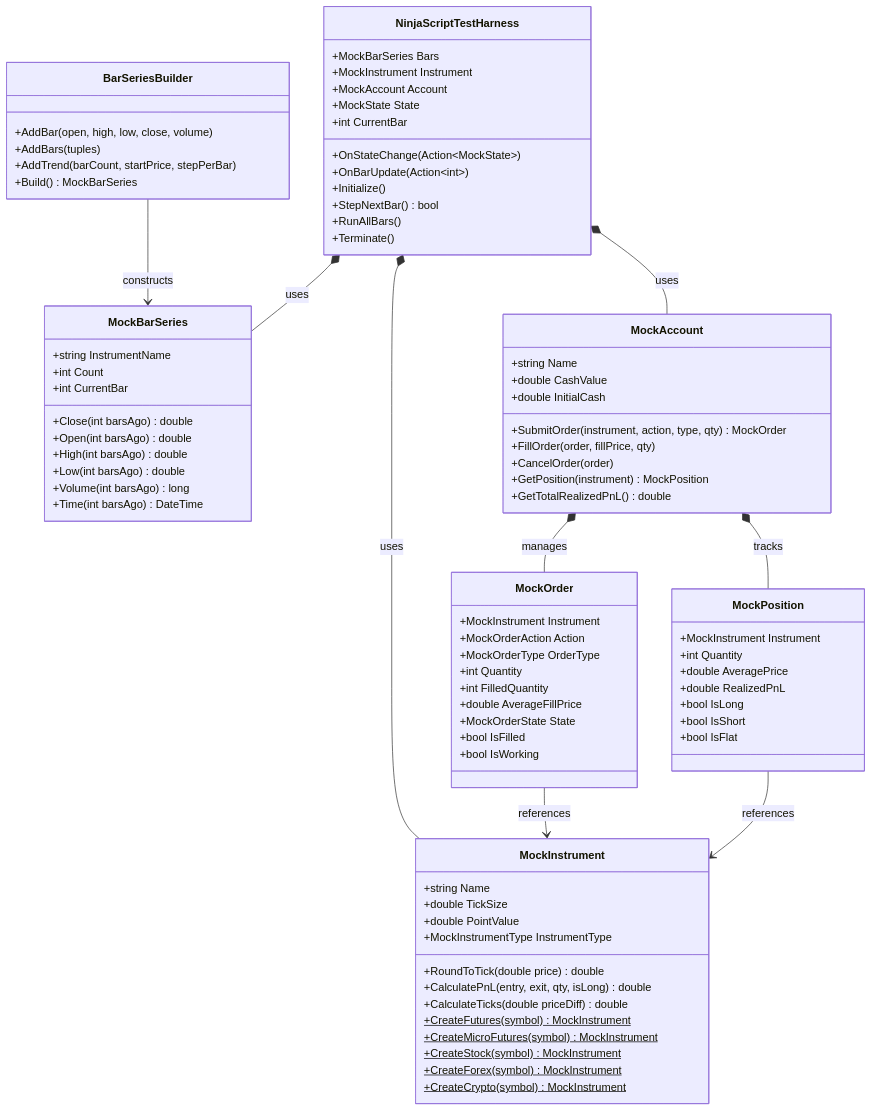
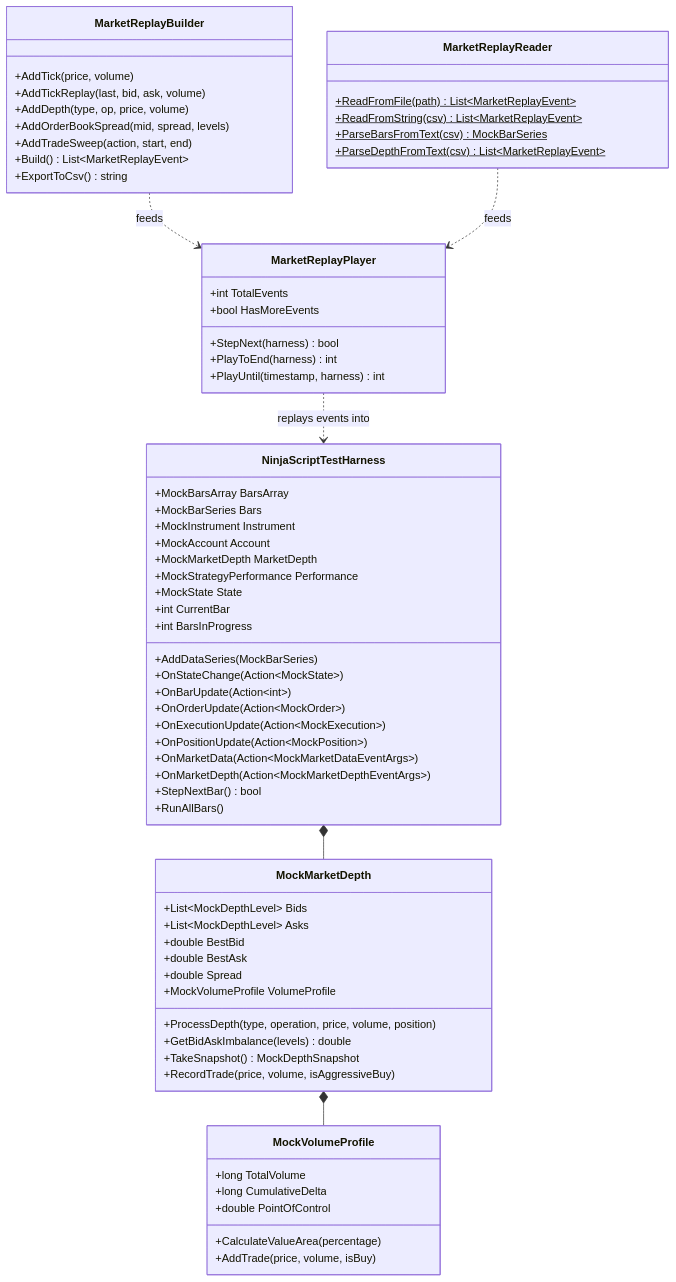
One commit to samuelcaldas/NinjaTrader.UnitTest changed the diagram in docs/mocking-kit.md. Above: the diagram before and after it, drawn with Mermaid. The commit also changed other lines of this file and 45 other files, not shown here.

Commit message:
feat(mocking): implement L2 order flow, market replay files, and NT .nrd binary real-time playback engine

````diff
--- a/docs/mocking-kit.md
+++ b/docs/mocking-kit.md
@@ -11,92 +11,76 @@
 ```mermaid
 classDiagram
     class NinjaScriptTestHarness {
+        +MockBarsArray BarsArray
         +MockBarSeries Bars
         +MockInstrument Instrument
         +MockAccount Account
+        +MockMarketDepth MarketDepth
+        +MockStrategyPerformance Performance
         +MockState State
         +int CurrentBar
+        +int BarsInProgress
+        +AddDataSeries(MockBarSeries)
         +OnStateChange(Action~MockState~)
         +OnBarUpdate(Action~int~)
-        +Initialize()
+        +OnOrderUpdate(Action~MockOrder~)
+        +OnExecutionUpdate(Action~MockExecution~)
+        +OnPositionUpdate(Action~MockPosition~)
+        +OnMarketData(Action~MockMarketDataEventArgs~)
+        +OnMarketDepth(Action~MockMarketDepthEventArgs~)
         +StepNextBar() bool
         +RunAllBars()
-        +Terminate()
     }
 
-    class MockBarSeries {
-        +string InstrumentName
-        +int Count
-        +int CurrentBar
-        +Close(int barsAgo) double
-        +Open(int barsAgo) double
-        +High(int barsAgo) double
-        +Low(int barsAgo) double
-        +Volume(int barsAgo) long
-        +Time(int barsAgo) DateTime
+    class MockMarketDepth {
+        +List~MockDepthLevel~ Bids
+        +List~MockDepthLevel~ Asks
+        +double BestBid
+        +double BestAsk
+        +double Spread
+        +MockVolumeProfile VolumeProfile
+        +ProcessDepth(type, operation, price, volume, position)
+        +GetBidAskImbalance(levels) double
+        +TakeSnapshot() MockDepthSnapshot
+        +RecordTrade(price, volume, isAggressiveBuy)
     }
 
-    class BarSeriesBuilder {
-        +AddBar(open, high, low, close, volume)
-        +AddBars(tuples)
-        +AddTrend(barCount, startPrice, stepPerBar)
-        +Build() MockBarSeries
+    class MockVolumeProfile {
+        +long TotalVolume
+        +long CumulativeDelta
+        +double PointOfControl
+        +CalculateValueArea(percentage)
+        +AddTrade(price, volume, isBuy)
     }
 
-    class MockInstrument {
-        +string Name
-        +double TickSize
-        +double PointValue
-        +MockInstrumentType InstrumentType
-        +RoundToTick(double price) double
-        +CalculatePnL(entry, exit, qty, isLong) double
-        +CalculateTicks(double priceDiff) double
-        +CreateFutures(symbol) MockInstrument$
-        +CreateMicroFutures(symbol) MockInstrument$
-        +CreateStock(symbol) MockInstrument$
-        +CreateForex(symbol) MockInstrument$
-        +CreateCrypto(symbol) MockInstrument$
+    class MarketReplayReader {
+        +ReadFromFile(path) List~MarketReplayEvent~$
+        +ReadFromString(csv) List~MarketReplayEvent~$
+        +ParseBarsFromText(csv) MockBarSeries$
+        +ParseDepthFromText(csv) List~MarketReplayEvent~$
     }
 
-    class MockAccount {
-        +string Name
-        +double CashValue
-        +double InitialCash
-        +SubmitOrder(instrument, action, type, qty) MockOrder
-        +FillOrder(order, fillPrice, qty)
-        +CancelOrder(order)
-        +GetPosition(instrument) MockPosition
-        +GetTotalRealizedPnL() double
+    class MarketReplayPlayer {
+        +int TotalEvents
+        +bool HasMoreEvents
+        +StepNext(harness) bool
+        +PlayToEnd(harness) int
+        +PlayUntil(timestamp, harness) int
     }
 
-    class MockOrder {
-        +MockInstrument Instrument
-        +MockOrderAction Action
-        +MockOrderType OrderType
-        +int Quantity
-        +int FilledQuantity
-        +double AverageFillPrice
-        +MockOrderState State
-        +bool IsFilled
-        +bool IsWorking
+    class MarketReplayBuilder {
+        +AddTick(price, volume)
+        +AddTickReplay(last, bid, ask, volume)
+        +AddDepth(type, op, price, volume)
+        +AddOrderBookSpread(mid, spread, levels)
+        +AddTradeSweep(action, start, end)
+        +Build() List~MarketReplayEvent~
+        +ExportToCsv() string
     }
 
-    class MockPosition {
-        +MockInstrument Instrument
-        +int Quantity
-        +double AveragePrice
-        +double RealizedPnL
-        +bool IsLong
-        +bool IsShort
-        +bool IsFlat
-    }
-
-    BarSeriesBuilder --> MockBarSeries : constructs
-    NinjaScriptTestHarness *-- MockBarSeries : uses
-    NinjaScriptTestHarness *-- MockInstrument : uses
-    NinjaScriptTestHarness *-- MockAccount : uses
-    MockAccount *-- MockOrder : manages
-    MockAccount *-- MockPosition : tracks
-    MockOrder --> MockInstrument : references
-    MockPosition --> MockInstrument : references
+    NinjaScriptTestHarness *-- MockMarketDepth
+    MockMarketDepth *-- MockVolumeProfile
+    MarketReplayPlayer ..> NinjaScriptTestHarness : replays events into
+    MarketReplayBuilder ..> MarketReplayPlayer : feeds
+    MarketReplayReader ..> MarketReplayPlayer : feeds
 ```
````
